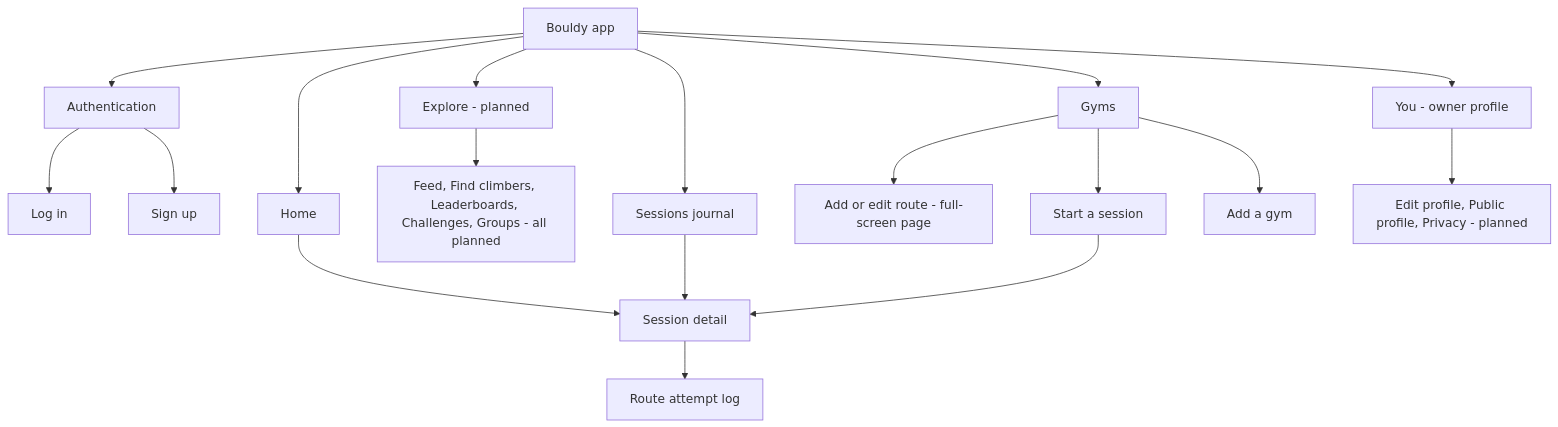
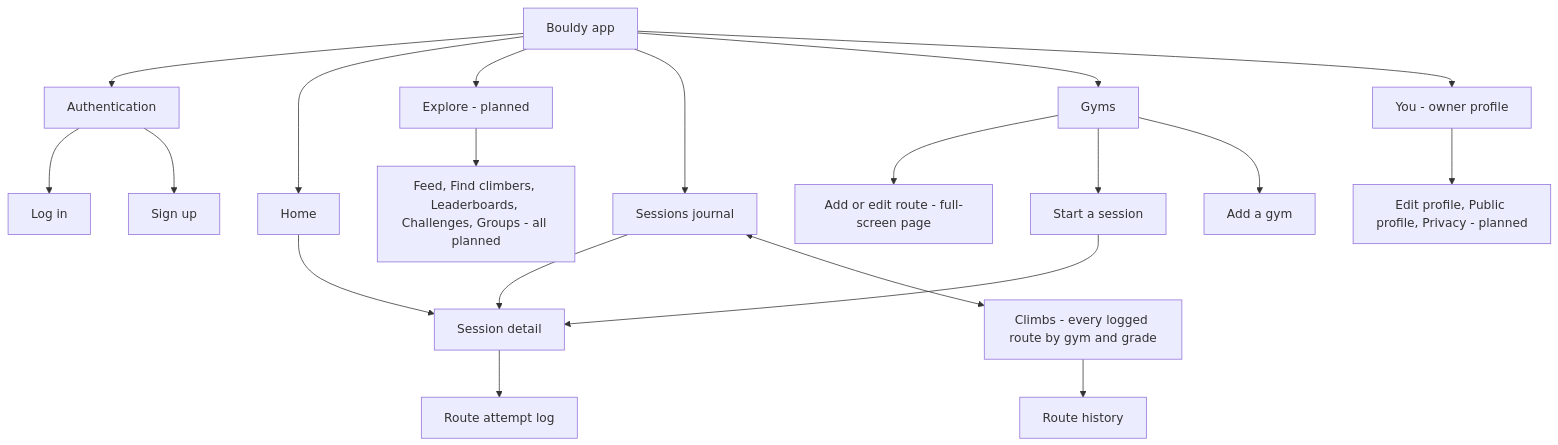
Before and after one commit to AmeerulH/bouldy: the second of 4 diagrams in MASTER_SPEC.md, drawn with Mermaid. The commit also changed other lines of this file and 32 other files, not shown here.

First line of the commit message:
feat: route browsing, Climbs collection and snackbars

````diff
--- a/MASTER_SPEC.md
+++ b/MASTER_SPEC.md
@@ -85,21 +85,23 @@
 ```mermaid
 flowchart TD
   App[Bouldy app]
   App --> Auth[Authentication]
   App --> Home[Home]
   App --> Explore[Explore - planned]
   App --> Sessions[Sessions journal]
   App --> Gyms[Gyms]
   App --> You[You - owner profile]
   Explore --> Planned[Feed, Find climbers, Leaderboards, Challenges, Groups - all planned]
   You --> ProfilePlanned[Edit profile, Public profile, Privacy - planned]
   Gyms --> RouteForm[Add or edit route - full-screen page]
   Auth --> Login[Log in]
   Auth --> Signup[Sign up]
   Home --> SessionDetail[Session detail]
   Sessions --> SessionDetail
+  Sessions <--> Climbs[Climbs - every logged route by gym and grade]
+  Climbs --> RouteHistory[Route history]
   Gyms --> Start[Start a session]
   Gyms --> AddGym[Add a gym]
   Start --> SessionDetail
   SessionDetail --> RouteLog[Route attempt log]
 ```
````
